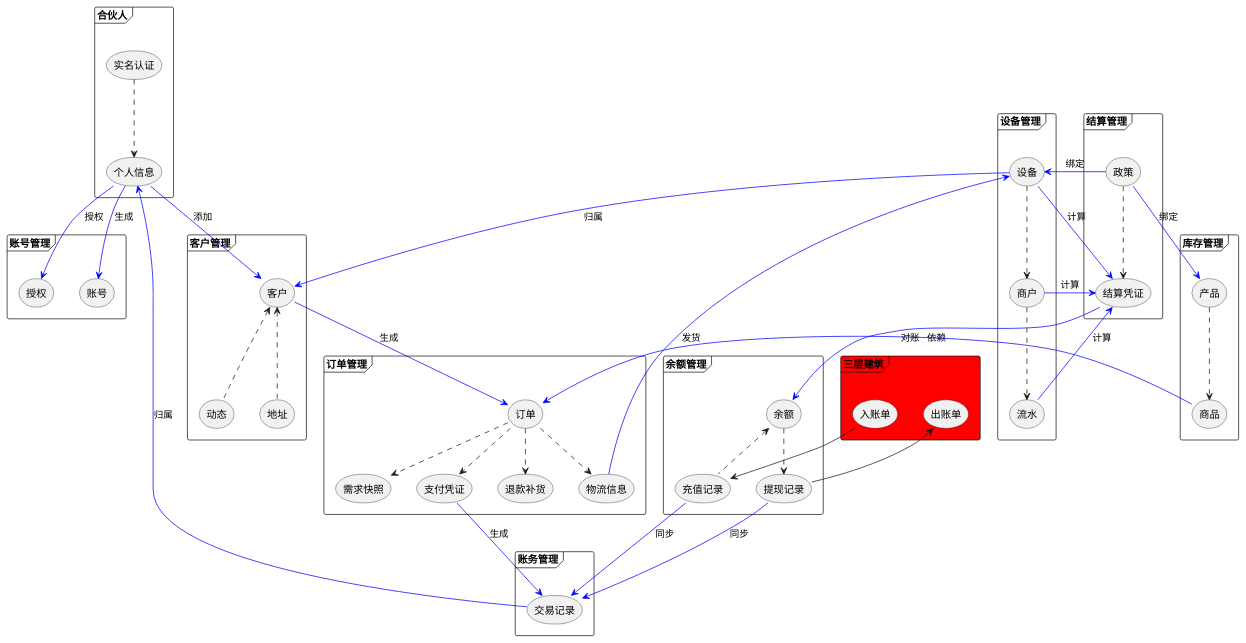
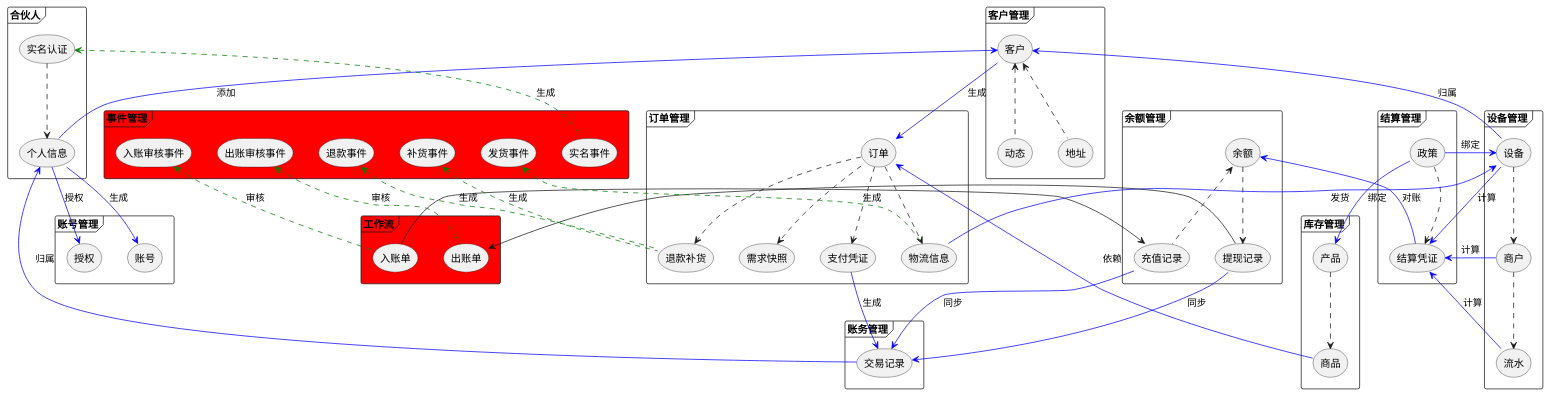
One commit to yangrongkai/document changed the diagram in design/resume/partner-hld.plantuml. Above: the diagram before and after it, drawn with PlantUML. The commit also changed 1 other file, not shown here.

Commit message:
add to design frame

```diff
--- a/design/resume/partner-hld.plantuml
+++ b/design/resume/partner-hld.plantuml
@@ -1,109 +1,127 @@
 @startuml
 frame 账号管理 {
 storage 账号
 storage 授权
 }
 
 
 
 frame 合伙人 {
 storage 实名认证
 storage 个人信息
 
 实名认证 ..> 个人信息
 }
 
 
 frame 客户管理 {
 storage 客户
 storage 地址
 storage 动态
 
 客户 <.. 地址
 客户 <.. 动态
 }
 
 
 
 frame 设备管理 {
 storage 设备
 storage 商户
 storage 流水
 
 设备 ..> 商户
 商户 ..> 流水
 }
 
 
 
 frame 订单管理 {
 storage 订单
 storage 需求快照
 storage 支付凭证
 storage 物流信息
 storage 退款补货
 
 订单 ..> 需求快照
 订单 ..> 支付凭证
 订单 ..> 物流信息
 订单 ..> 退款补货
 }
 
 
 frame 库存管理 {
 storage 产品
 storage 商品
 
 产品 ..> 商品
 }
 
 
 frame 结算管理 {
 storage 政策
 storage 结算凭证
 
 政策 ..> 结算凭证
 }
 
 
-frame 三层建筑 #red {
-storage 入账单
-storage 出账单
-}
 
 frame 余额管理 {
 storage 余额
 storage 提现记录
 storage 充值记录
 
 余额 ..> 提现记录
 余额 <.. 充值记录
 }
 
 frame 账务管理 {
 storage 交易记录
 }
 
+
+frame 工作流 #red {
+storage 入账单
+storage 出账单
+}
+
+
+frame 事件管理 #red {
+storage 实名事件
+storage 发货事件
+storage 补货事件
+storage 退款事件
+storage 入账审核事件
+storage 出账审核事件
+}
 
 
 个人信息 -[#blue]-> 账号: 生成
 个人信息 -[#blue]-> 授权: 授权
 个人信息 -[#blue]-> 客户: 添加
 客户 -[#blue]-> 订单: 生成
 商品 -[#blue]-> 订单: 依赖
 物流信息 -[#blue]-> 设备: 发货
 政策 -[#blue]-> 设备: 绑定
 设备 -[#blue]-> 结算凭证: 计算
 流水 -[#blue]-> 结算凭证: 计算
 商户 -[#blue]-> 结算凭证: 计算
 结算凭证 -[#blue]-> 余额: 对账
 客户 <-[#blue]- 设备: 归属
 政策 -[#blue]-> 产品: 绑定
 支付凭证 -[#blue]-> 交易记录: 生成
 交易记录 -[#blue]-> 个人信息: 归属
 提现记录 -[#blue]-> 交易记录: 同步
 充值记录 -[#blue]-> 交易记录: 同步
 入账单 --> 充值记录
 提现记录 --> 出账单
 
+实名认证 <.[#green]. 实名事件: 生成
+发货事件 <.[#green]. 物流信息: 生成
+退款事件 <.[#green]. 退款补货: 生成
+补货事件 <.[#green]. 退款补货: 生成
+入账审核事件 <.[#green]. 入账单: 审核
+出账审核事件 <.[#green]. 出账单: 审核
+
 @enduml
```
